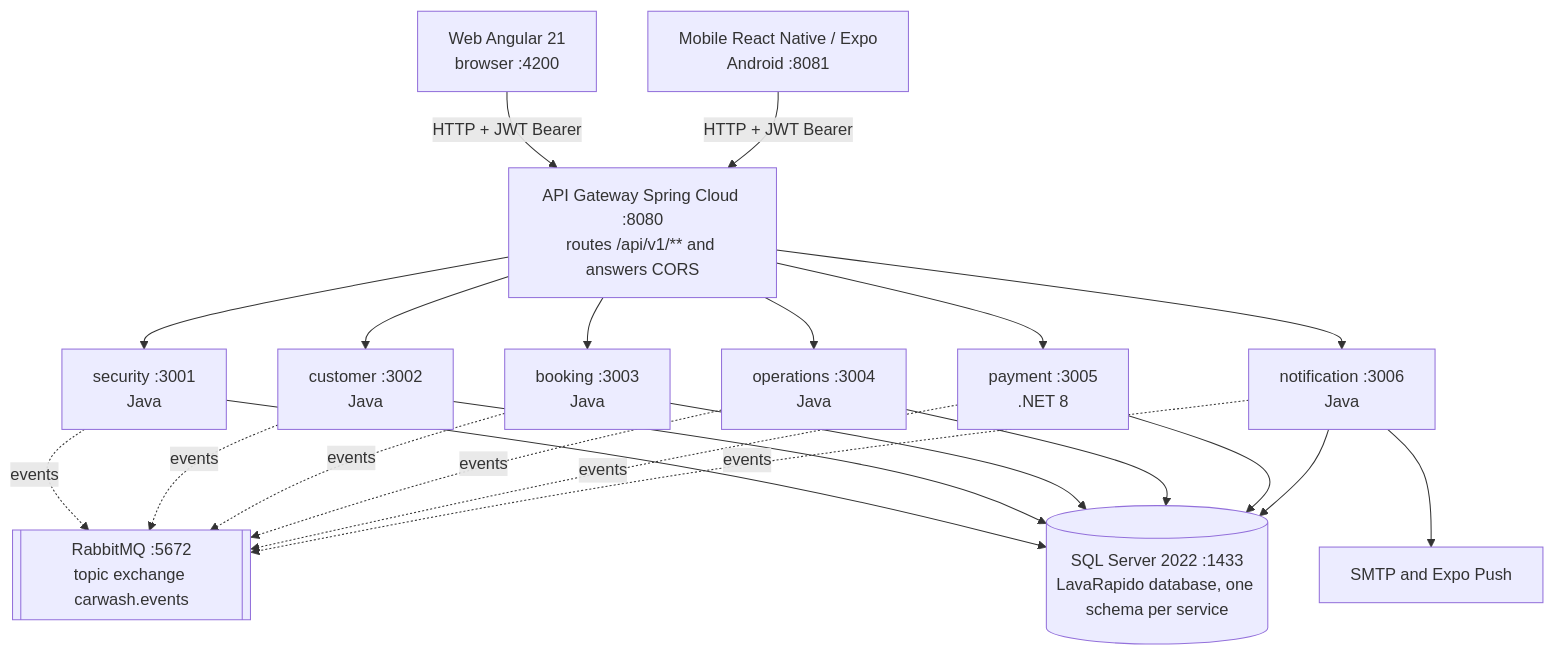
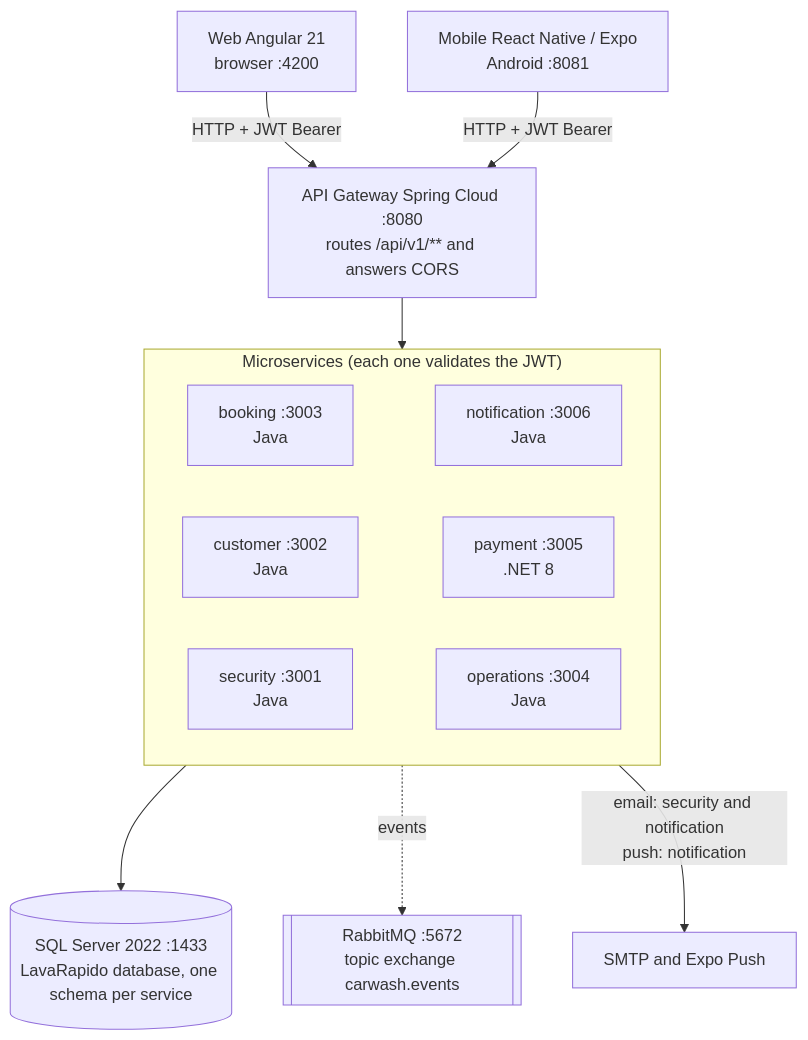
One commit to BrayanCABRERA123/lavarapido-docs changed the second of 19 diagrams in 04_DOCUMENTACION_DE_DISENO_DEL_SOFTWARE/EN/MD/software-design-documentation.md. Above: the diagram before and after it, drawn with Mermaid. The commit also changed other lines of this file and 7 other files, not shown here.

Commit message:
docs(design): correct the design against the code and list the ports under each figure (1.4)

````diff
--- a/04_DOCUMENTACION_DE_DISENO_DEL_SOFTWARE/EN/MD/software-design-documentation.md
+++ b/04_DOCUMENTACION_DE_DISENO_DEL_SOFTWARE/EN/MD/software-design-documentation.md
@@ -238,15 +239,27 @@
 ```mermaid
 flowchart TB
-  WEB["Web Angular 21<br/>browser :4200"] -->|HTTP + JWT Bearer| GW
-  MOV["Mobile React Native / Expo<br/>Android :8081"] -->|HTTP + JWT Bearer| GW
+  WEB["Web Angular 21<br/>browser :4200"]
+  MOV["Mobile React Native / Expo<br/>Android :8081"]
   GW["API Gateway Spring Cloud :8080<br/>routes /api/v1/** and answers CORS"]
-  GW --> SEC["security :3001<br/>Java"]
-  GW --> CUS["customer :3002<br/>Java"]
-  GW --> BOK["booking :3003<br/>Java"]
-  GW --> OPS["operations :3004<br/>Java"]
-  GW --> PAY["payment :3005<br/>.NET 8"]
-  GW --> NOT["notification :3006<br/>Java"]
-  SEC & CUS & BOK & OPS & PAY & NOT -.->|events| MQ[["RabbitMQ :5672<br/>topic exchange carwash.events"]]
-  SEC & CUS & BOK & OPS & PAY & NOT --> DB[("SQL Server 2022 :1433<br/>LavaRapido database, one schema per service")]
-  NOT --> EXT["SMTP and Expo Push"]
+    subgraph SVC["Microservices (each one validates the JWT)"]
+      direction LR
+      SEC["security :3001<br/>Java"]
+      CUS["customer :3002<br/>Java"]
+      BOK["booking :3003<br/>Java"]
+      OPS["operations :3004<br/>Java"]
+      PAY["payment :3005<br/>.NET 8"]
+      NOT["notification :3006<br/>Java"]
+      BOK ~~~ NOT
+      CUS ~~~ PAY
+      SEC ~~~ OPS
+    end
+  MQ[["RabbitMQ :5672<br/>topic exchange carwash.events"]]
+  DB[("SQL Server 2022 :1433<br/>LavaRapido database, one schema per service")]
+  EXT["SMTP and Expo Push"]
+  WEB -->|HTTP + JWT Bearer| GW
+  MOV -->|HTTP + JWT Bearer| GW
+  GW --> SVC
+  SVC --> DB
+  SVC -.->|events| MQ
+  SVC -->|"email: security and notification<br/>push: notification"| EXT
 ```
````
